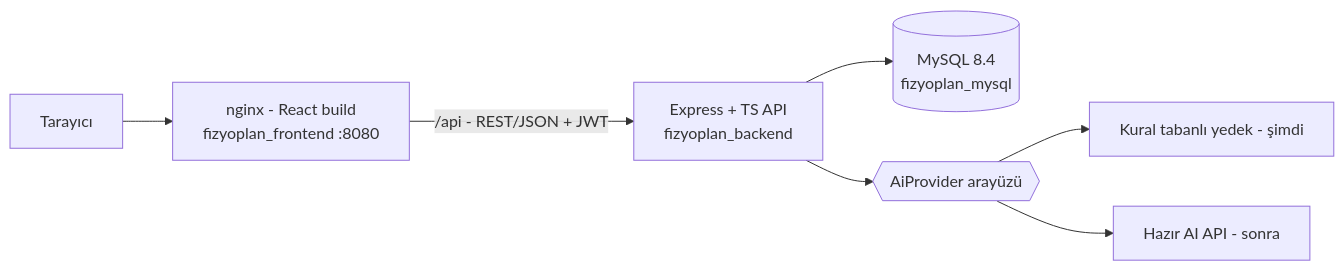
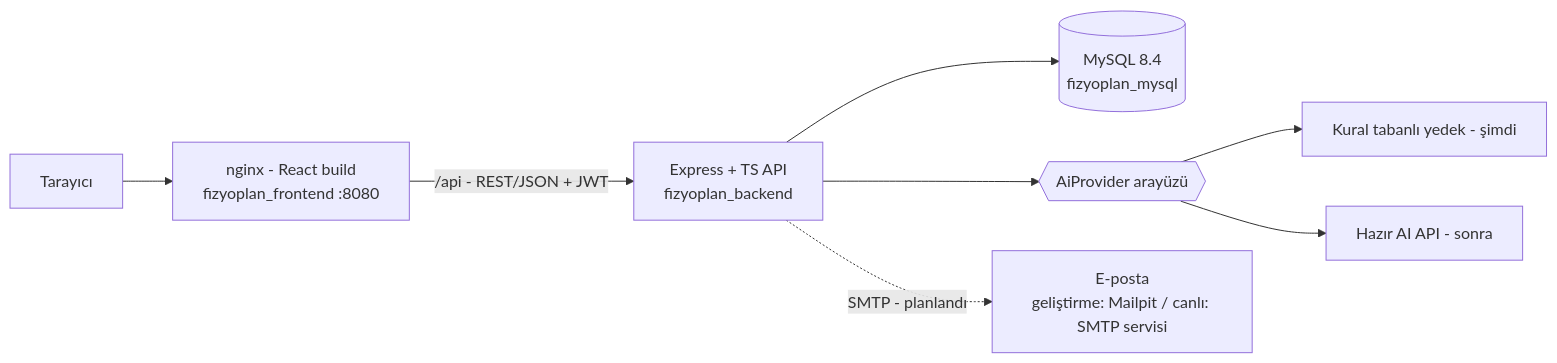
One commit to fehmi-gunay/FizyoPlan changed the first of 2 diagrams in Tasarim Plani.md. Above: the diagram before and after it, drawn with Mermaid. The commit also changed other lines of this file and 1 other file, not shown here.

````diff
--- a/Tasarim Plani.md
+++ b/Tasarim Plani.md
@@ -6,9 +6,10 @@
 ```mermaid
 flowchart LR
   U[Tarayıcı] --> N[nginx - React build<br/>fizyoplan_frontend :8080]
   N -->|/api - REST/JSON + JWT| A[Express + TS API<br/>fizyoplan_backend]
   A --> DB[(MySQL 8.4<br/>fizyoplan_mysql)]
   A --> AI{{AiProvider arayüzü}}
   AI --> R[Kural tabanlı yedek - şimdi]
   AI --> X[Hazır AI API - sonra]
+  A -.->|SMTP - planlandı| M[E-posta<br/>geliştirme: Mailpit / canlı: SMTP servisi]
 ```
````
